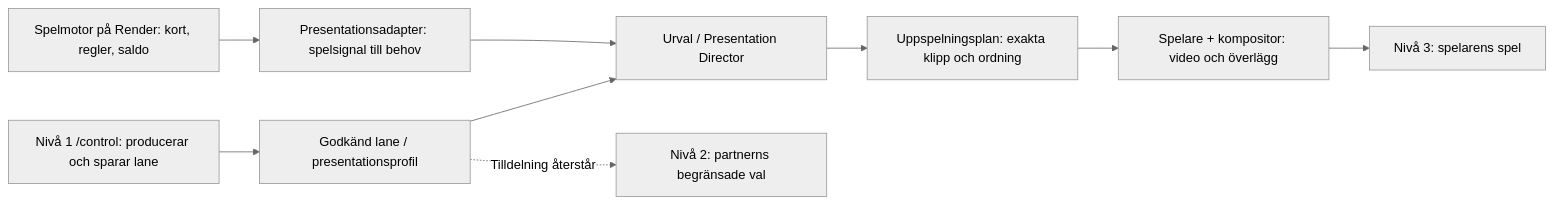
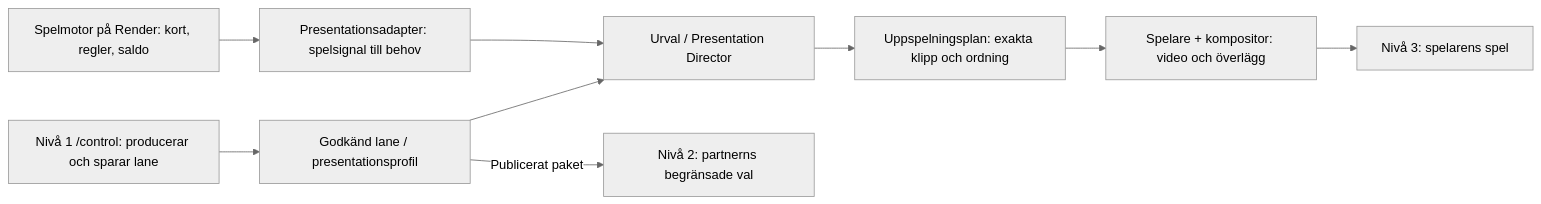
The diagram in docs/LOCAL-PRESENTATION-RUNTIME.md (Jakeminator123/scoutgaming), drawn with Mermaid (neutral theme) before and after one commit. The commit also changed other lines of this file and 87 other files, not shown here.

````diff
--- a/docs/LOCAL-PRESENTATION-RUNTIME.md
+++ b/docs/LOCAL-PRESENTATION-RUNTIME.md
@@ -91,11 +120,11 @@
 ```mermaid
 flowchart LR
   C["Nivå 1 /control: producerar och sparar lane"] --> L["Godkänd lane / presentationsprofil"]
   G["Spelmotor på Render: kort, regler, saldo"] --> A["Presentationsadapter: spelsignal till behov"]
   A --> D["Urval / Presentation Director"]
   L --> D
   D --> P["Uppspelningsplan: exakta klipp och ordning"]
   P --> V["Spelare + kompositor: video och överlägg"]
   V --> U["Nivå 3: spelarens spel"]
-  L -. "Tilldelning återstår" .-> O["Nivå 2: partnerns begränsade val"]
+  L -->|"Publicerat paket"| O["Nivå 2: partnerns begränsade val"]
 ```
````
